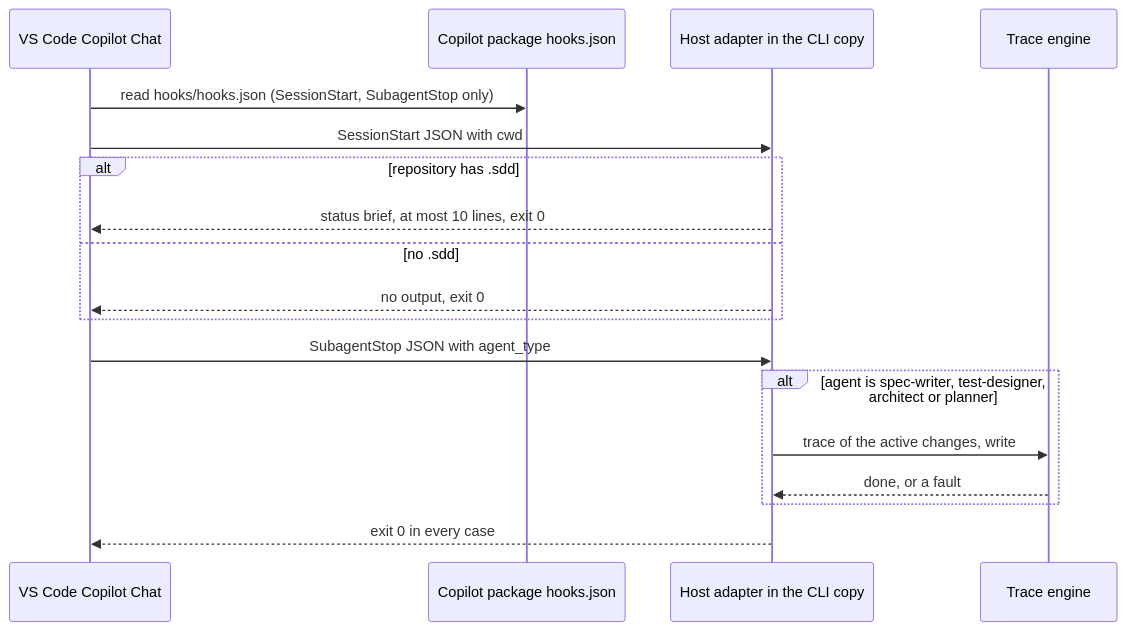
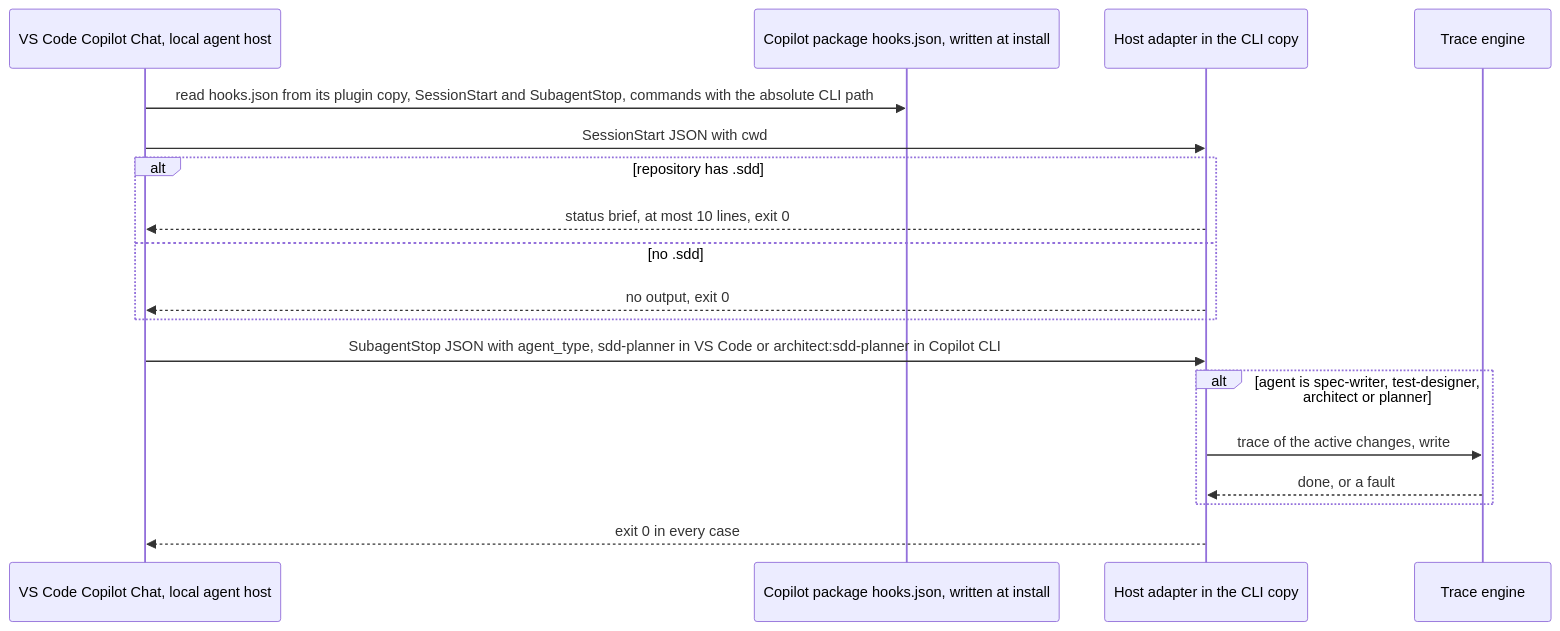
Before and after one commit to jlacube/spec-architect: the seventh of 15 diagrams in .sdd/002-multi-platform-targets/10-spec/60-architecture/architecture.md, drawn with Mermaid. The commit also changed other lines of this file and 15 other files, not shown here.

Commit message:
CHG-002: D-003 revision (architect) — Copilot package layout, sdd install copilot, Copilot guard hook by agent_type, naming, ERR-CLI-021/022, flow F13

````diff
--- a/.sdd/002-multi-platform-targets/10-spec/60-architecture/architecture.md
+++ b/.sdd/002-multi-platform-targets/10-spec/60-architecture/architecture.md
@@ -575,21 +609,21 @@
 ```mermaid
 sequenceDiagram
   %% F6 Copilot session hooks. Realizes C002-TS-320 C002-TS-322 C002-TS-323 C002-TS-324 C002-TS-325
-  participant VSC as VS Code Copilot Chat
-  participant C002_COMP_004 as Copilot package hooks.json
+  participant VSC as VS Code Copilot Chat, local agent host
+  participant C002_COMP_004 as Copilot package hooks.json, written at install
   participant C002_COMP_012 as Host adapter in the CLI copy
   participant C001_COMP_04 as Trace engine
-  VSC->>C002_COMP_004: read hooks/hooks.json (SessionStart, SubagentStop only)
+  VSC->>C002_COMP_004: read hooks.json from its plugin copy, SessionStart and SubagentStop, commands with the absolute CLI path
   VSC->>C002_COMP_012: SessionStart JSON with cwd
   alt repository has .sdd
     C002_COMP_012-->>VSC: status brief, at most 10 lines, exit 0
   else no .sdd
     C002_COMP_012-->>VSC: no output, exit 0
   end
-  VSC->>C002_COMP_012: SubagentStop JSON with agent_type
+  VSC->>C002_COMP_012: SubagentStop JSON with agent_type, sdd-planner in VS Code or architect:sdd-planner in Copilot CLI
   alt agent is spec-writer, test-designer, architect or planner
     C002_COMP_012->>C001_COMP_04: trace of the active changes, write
     C001_COMP_04-->>C002_COMP_012: done, or a fault
   end
   C002_COMP_012-->>VSC: exit 0 in every case
 ```
````
